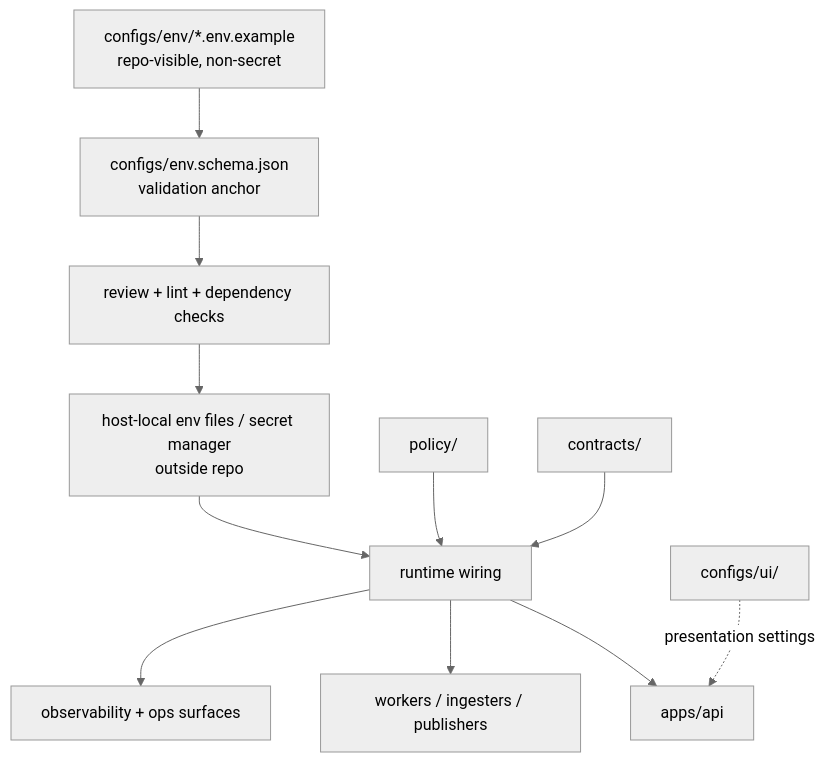
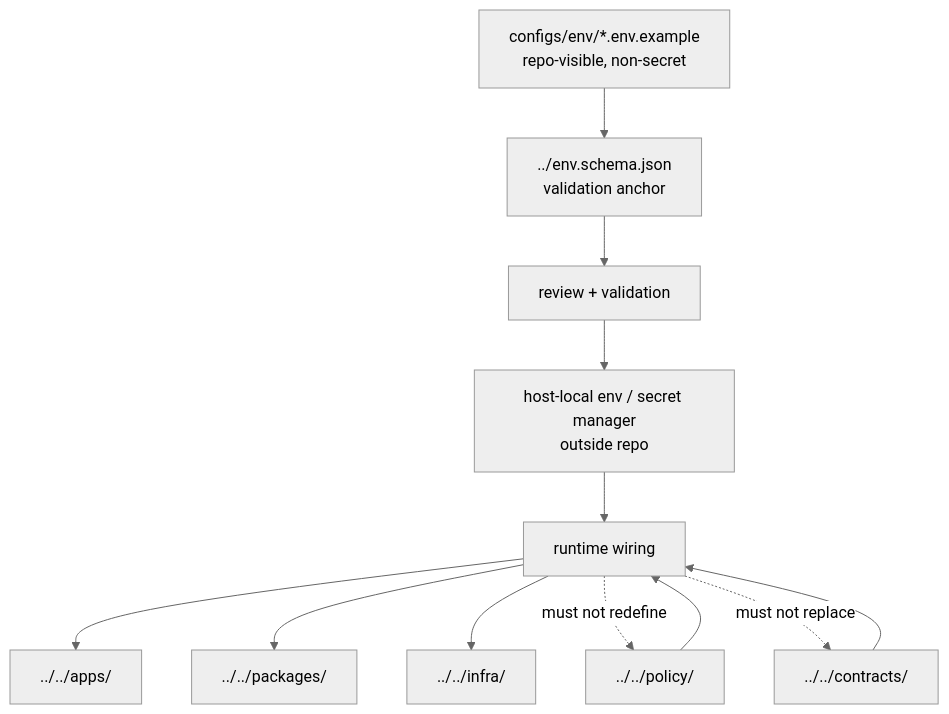
The diagram in configs/env/README.md (bartytime4life/Kansas-Frontier-Matrix), drawn with Mermaid (neutral theme) before and after one commit. The commit also changed other lines of this file, not shown here.

````diff
--- a/configs/env/README.md
+++ b/configs/env/README.md
@@ -176,17 +200,18 @@
 ```mermaid
 flowchart TD
-    A["configs/env/*.env.example<br/>repo-visible, non-secret"] --> B["configs/env.schema.json<br/>validation anchor"]
-    B --> C["review + lint + dependency checks"]
+    A["configs/env/*.env.example<br/>repo-visible, non-secret"] --> B["../env.schema.json<br/>validation anchor"]
+    B --> C["review + validation"]
 
-    C --> D["host-local env files / secret manager<br/>outside repo"]
+    C --> D["host-local env / secret manager<br/>outside repo"]
     D --> E["runtime wiring"]
 
-    P["policy/"] --> E
-    K["contracts/"] --> E
+    P["../../policy/"] --> E
+    K["../../contracts/"] --> E
 
-    E --> API["apps/api"]
-    E --> W["workers / ingesters / publishers"]
-    E --> O["observability + ops surfaces"]
+    E --> AP["../../apps/"]
+    E --> PK["../../packages/"]
+    E --> IF["../../infra/"]
 
-    UI["configs/ui/"] -. presentation settings .-> API
+    E -. must not redefine .-> P
+    E -. must not replace .-> K
 ```
````
